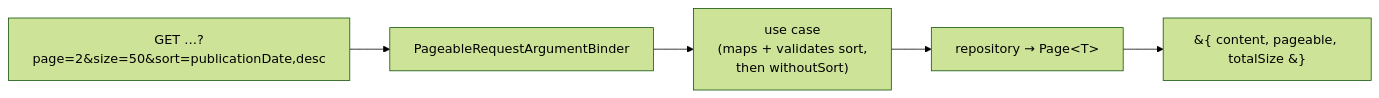
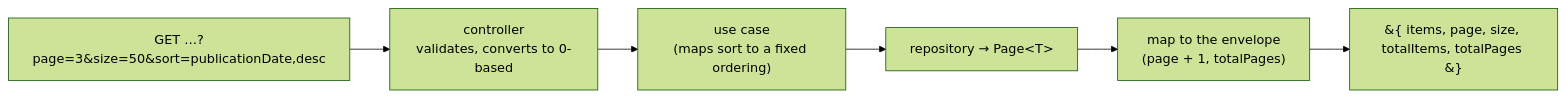
One commit to earelin/conxugal changed the diagram in docs/architecture/0022-paged-collection-contract-from-micronaut-data.md. Above: the diagram before and after it, drawn with Mermaid (forest theme). The commit also changed other lines of this file and 1 other file, not shown here.

````diff
--- a/docs/architecture/0022-paged-collection-contract-from-micronaut-data.md
+++ b/docs/architecture/0022-paged-collection-contract-from-micronaut-data.md
@@ -67,9 +71,10 @@
 ```mermaid
 flowchart LR
-    req["GET …?page=2&amp;size=50&amp;sort=publicationDate,desc"]
-    binder["PageableRequestArgumentBinder"]
-    uc["use case<br/>(maps + validates sort,<br/>then withoutSort)"]
+    req["GET …?page=3&amp;size=50&amp;sort=publicationDate,desc"]
+    ctl["controller<br/>validates, converts to 0-based"]
+    uc["use case<br/>(maps sort to a fixed ordering)"]
     repo["repository → Page&lt;T&gt;"]
-    res["&#123; content, pageable, totalSize &#125;"]
-    req --> binder --> uc --> repo --> res
+    map["map to the envelope<br/>(page + 1, totalPages)"]
+    res["&#123; items, page, size, totalItems, totalPages &#125;"]
+    req --> ctl --> uc --> repo --> map --> res
 ```
````
